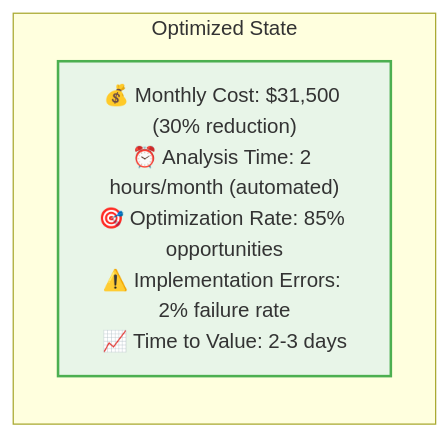
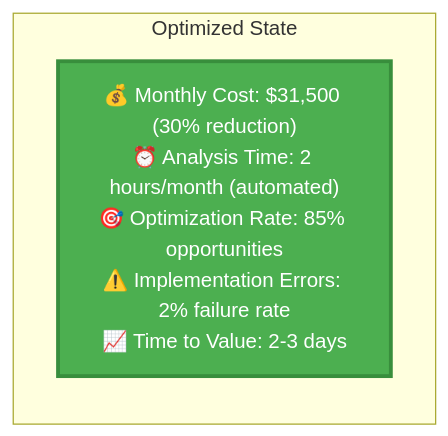
Before and after one commit to yashshah-dev/cloud-cost-optimizer: the third of 7 diagrams in README.md, drawn with Mermaid. The commit also changed other lines of this file, not shown here.

First line of the commit message:
Fix Mermaid diagram colors for better text visibility

````diff
--- a/README.md
+++ b/README.md
@@ -125,8 +125,8 @@
 ```mermaid
 graph LR
     subgraph "Optimized State"
         B["💰 Monthly Cost: $31,500 (30% reduction)<br/>⏰ Analysis Time: 2 hours/month (automated)<br/>🎯 Optimization Rate: 85% opportunities<br/>⚠️ Implementation Errors: 2% failure rate<br/>📈 Time to Value: 2-3 days"]
     end
     
-    style B fill:#e8f5e8,stroke:#4caf50,stroke-width:2px
+    style B fill:#4CAF50,stroke:#388E3C,stroke-width:3px,color:#FFF
 ```
````
